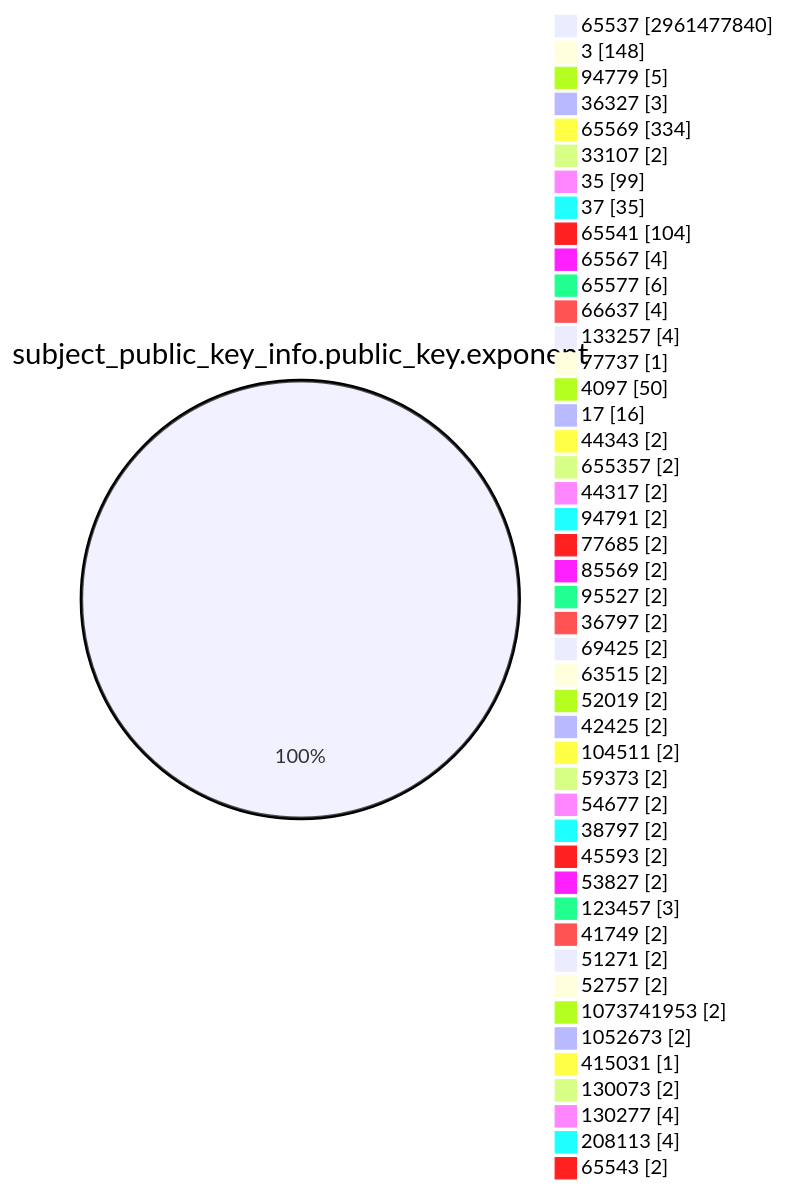
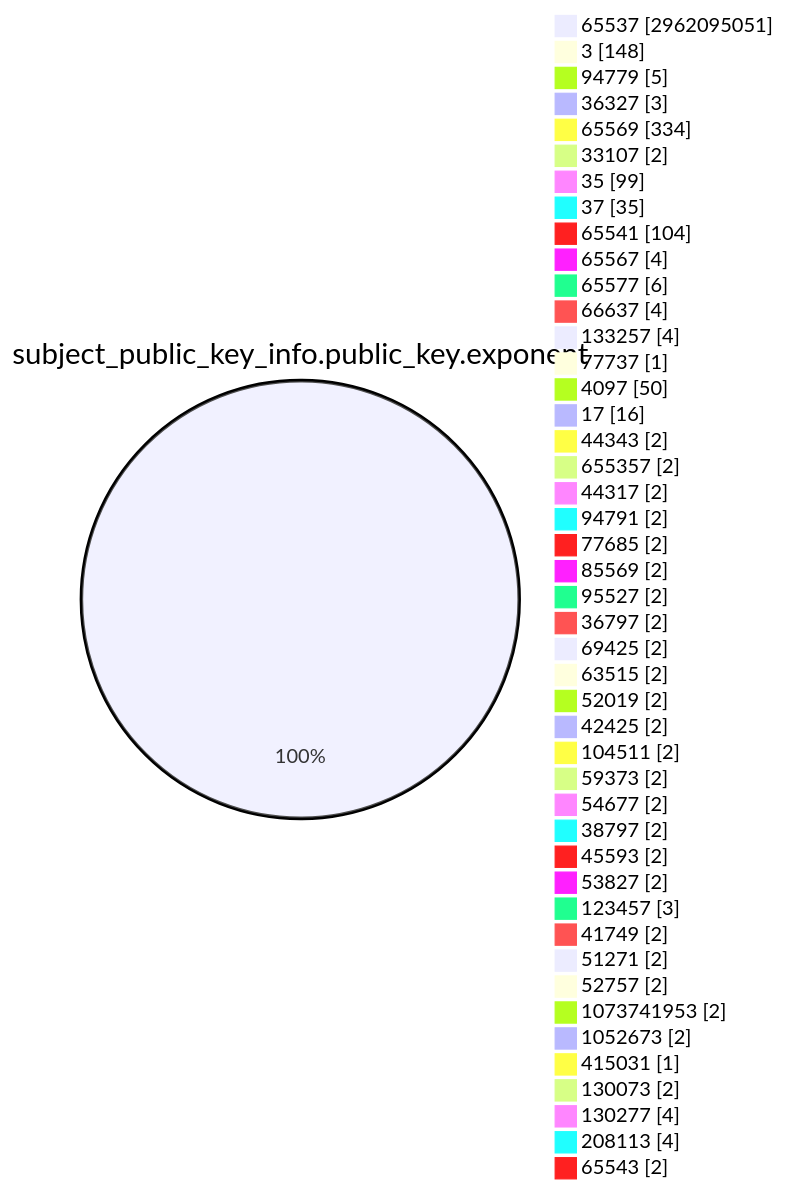
The fourth of 15 diagrams in TOTAL/README.md (christiankrug/ctmonitor_visualization), drawn with Mermaid before and after one commit. The commit also changed other lines of this file, not shown here.

````diff
--- a/TOTAL/README.md
+++ b/TOTAL/README.md
@@ -1471,49 +1471,49 @@
 ```mermaid
 pie showData
 title subject_public_key_info.public_key.exponent
-"65537" :2961477840
+"65537" :2962095051
 "3" :148
 "94779" :5
 "36327" :3
 "65569" :334
 "33107" :2
 "35" :99
 "37" :35
 "65541" :104
 "65567" :4
 "65577" :6
 "66637" :4
 "133257" :4
 "77737" :1
 "4097" :50
 "17" :16
 "44343" :2
 "655357" :2
 "44317" :2
 "94791" :2
 "77685" :2
 "85569" :2
 "95527" :2
 "36797" :2
 "69425" :2
 "63515" :2
 "52019" :2
 "42425" :2
 "104511" :2
 "59373" :2
 "54677" :2
 "38797" :2
 "45593" :2
 "53827" :2
 "123457" :3
 "41749" :2
 "51271" :2
 "52757" :2
 "1073741953" :2
 "1052673" :2
 "415031" :1
 "130073" :2
 "130277" :4
 "208113" :4
 "65543" :2
 ```
````
